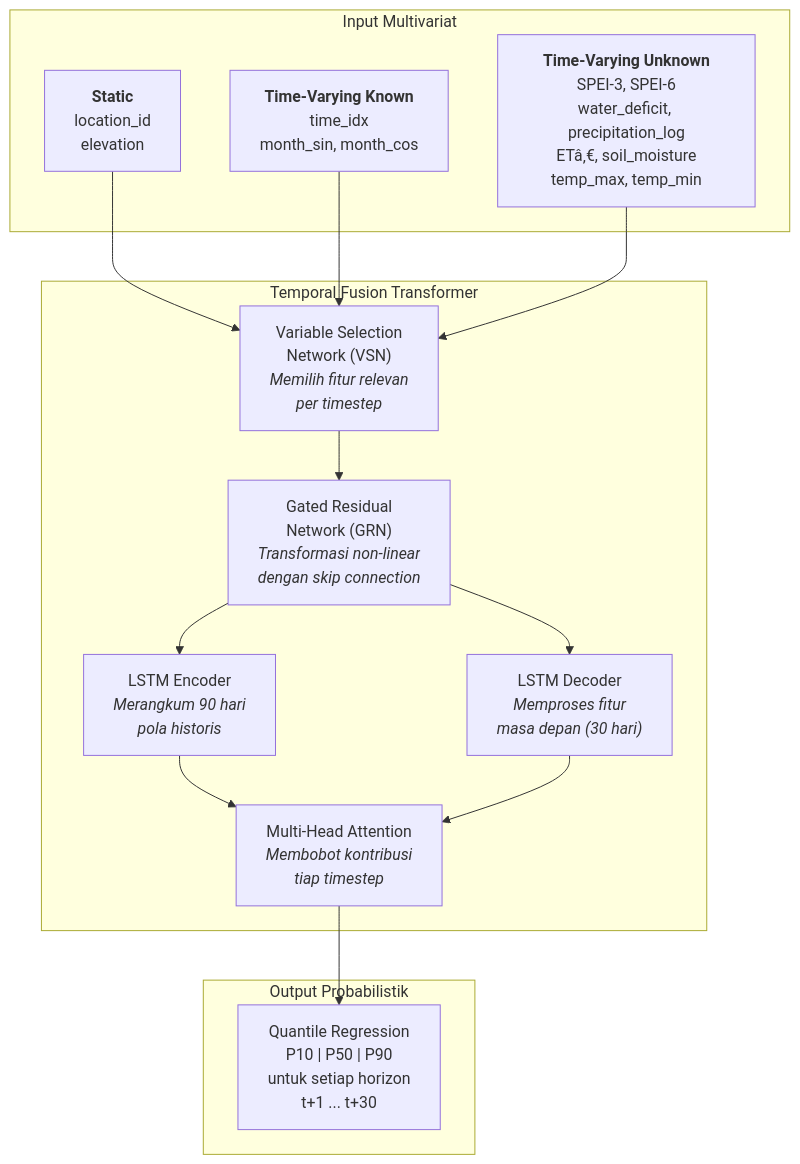
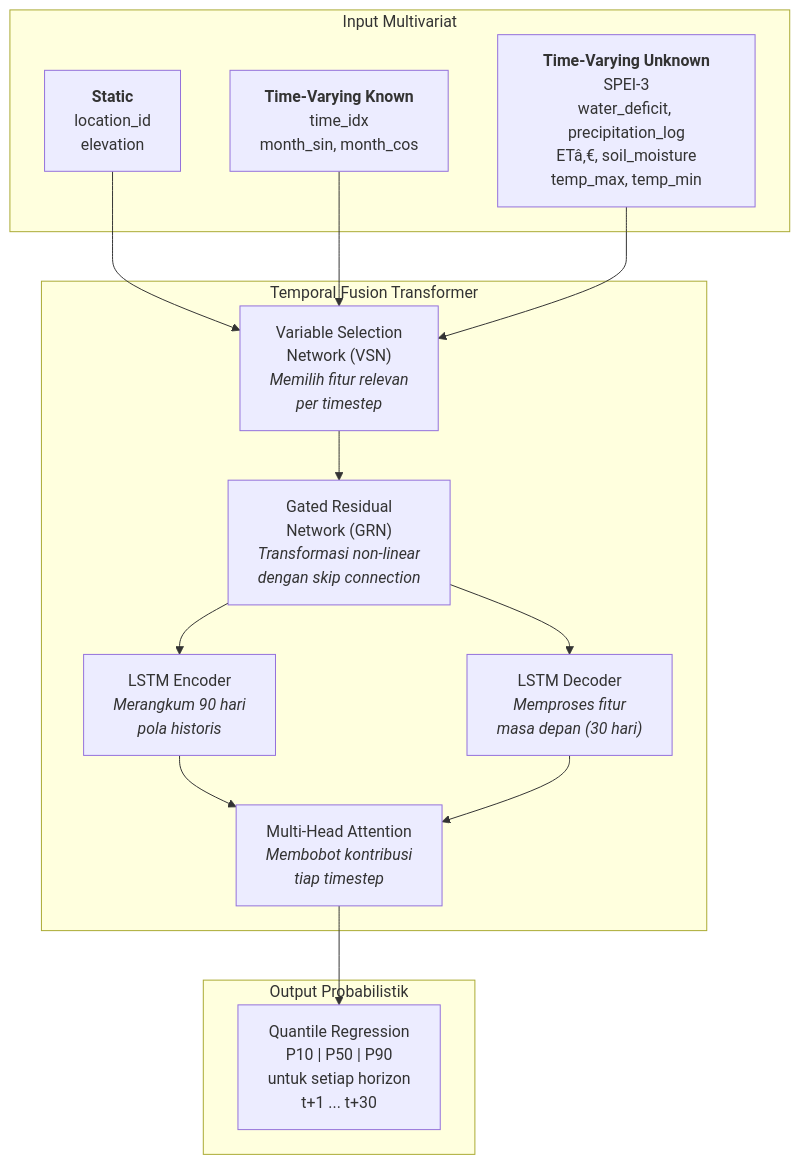
Before and after one commit to Vanszs/Skripsi_Nopal_SPEI: the third of 6 diagrams in docs/PANDUAN_SEMINAR_PROPOSAL.md, drawn with Mermaid. The commit also changed other lines of this file and 39 other files, not shown here.

````diff
--- a/docs/PANDUAN_SEMINAR_PROPOSAL.md
+++ b/docs/PANDUAN_SEMINAR_PROPOSAL.md
@@ -176,30 +176,30 @@
 ```mermaid
 flowchart TD
     subgraph INPUT["Input Multivariat"]
         S["<b>Static</b><br/>location_id<br/>elevation"]
         K["<b>Time-Varying Known</b><br/>time_idx<br/>month_sin, month_cos"]
-        U["<b>Time-Varying Unknown</b><br/>SPEI-3, SPEI-6<br/>water_deficit, precipitation_log<br/>ETâ‚€, soil_moisture<br/>temp_max, temp_min"]
+        U["<b>Time-Varying Unknown</b><br/>SPEI-3<br/>water_deficit, precipitation_log<br/>ETâ‚€, soil_moisture<br/>temp_max, temp_min"]
     end
 
     subgraph TFT["Temporal Fusion Transformer"]
         VSN["Variable Selection<br/>Network (VSN)<br/><i>Memilih fitur relevan<br/>per timestep</i>"]
         GRN["Gated Residual<br/>Network (GRN)<br/><i>Transformasi non-linear<br/>dengan skip connection</i>"]
         ENC["LSTM Encoder<br/><i>Merangkum 90 hari<br/>pola historis</i>"]
         DEC["LSTM Decoder<br/><i>Memproses fitur<br/>masa depan (30 hari)</i>"]
         ATT["Multi-Head Attention<br/><i>Membobot kontribusi<br/>tiap timestep</i>"]
     end
 
     subgraph OUTPUT["Output Probabilistik"]
         Q["Quantile Regression<br/>P10 | P50 | P90<br/>untuk setiap horizon<br/>t+1 ... t+30"]
     end
 
     S --> VSN
     K --> VSN
     U --> VSN
     VSN --> GRN
     GRN --> ENC
     GRN --> DEC
     ENC --> ATT
     DEC --> ATT
     ATT --> Q
 ```
````
